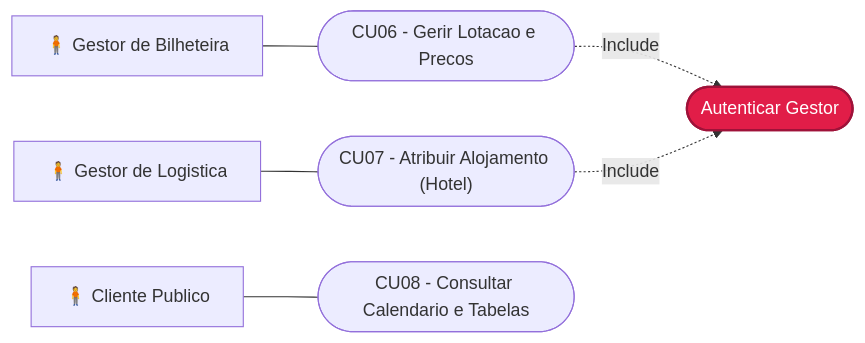
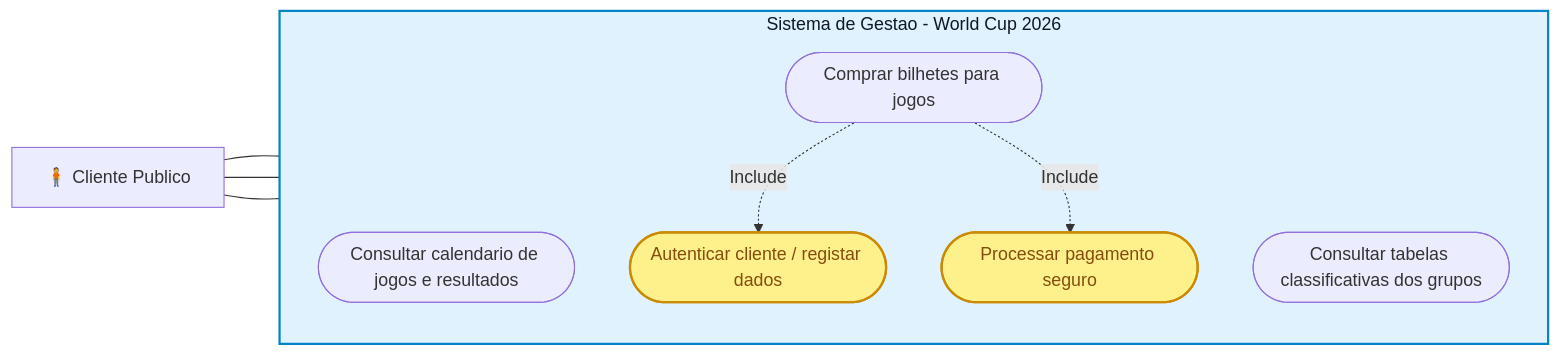
Diagram 11 of 12 in DIAGRAMA_CASOS_USO.md (experimentos373-creator/ES), drawn with Mermaid before and after one commit. The commit also changed other lines of this file and 1 other file, not shown here.

Commit message:
docs(iconix): integrar modulo de Logistica e finalizar arquitetura de 6 modulos independentes com 100% de fidelidade

````diff
--- a/DIAGRAMA_CASOS_USO.md
+++ b/DIAGRAMA_CASOS_USO.md
@@ -199,20 +444,24 @@
 ```mermaid
 flowchart LR
-  GBilh["🧍 Gestor de Bilheteira"]
-  GLog["🧍 Gestor de Logistica"]
   Pub["🧍 Cliente Publico"]
 
-  Login(["Autenticar Gestor"])
-  CU06(["CU06 - Gerir Lotacao e Precos"])
-  CU07(["CU07 - Atribuir Alojamento (Hotel)"])
-  CU08(["CU08 - Consultar Calendario e Tabelas"])
+  subgraph Sistema["Sistema de Gestao - World Cup 2026"]
+    direction TB
+    CU21(["Consultar calendario de jogos e resultados"])
+    CU22(["Consultar tabelas classificativas dos grupos"])
+    CU23(["Comprar bilhetes para jogos"])
+    CU23_sub1(["Autenticar cliente / registar dados"])
+    CU23_sub2(["Processar pagamento seguro"])
+  end
 
-  GBilh --- CU06
-  GLog --- CU07
-  Pub --- CU08
+  Pub --- CU21
+  Pub --- CU22
+  Pub --- CU23
 
-  CU06 -.->|Include| Login
-  CU07 -.->|Include| Login
+  CU23 -.->|Include| CU23_sub1
+  CU23 -.->|Include| CU23_sub2
 
-  style Login fill:#E11D48,stroke:#9F1239,color:#ffffff,stroke-width:2px
+  style Sistema fill:#E0F2FE,stroke:#0284C7,stroke-width:2px,color:#0F172A
+  style CU23_sub1 fill:#FEF08A,stroke:#CA8A04,color:#854D0E,stroke-width:2px
+  style CU23_sub2 fill:#FEF08A,stroke:#CA8A04,color:#854D0E,stroke-width:2px
 ```
````
